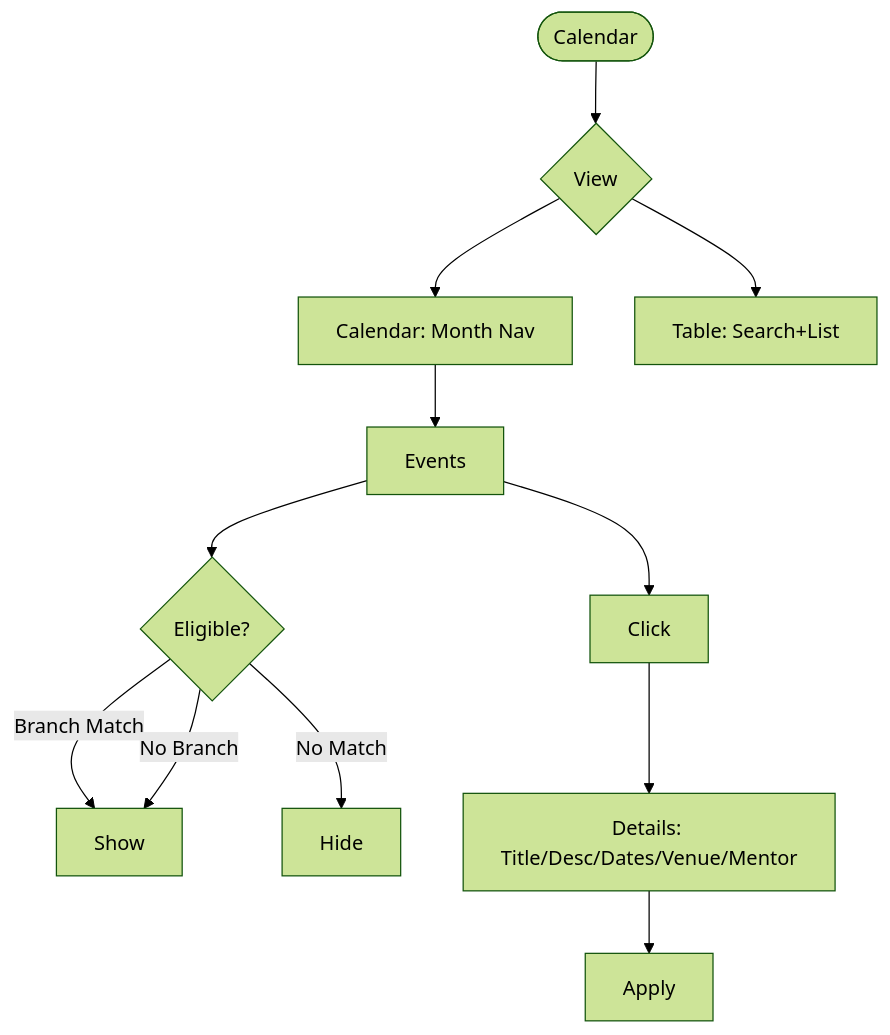
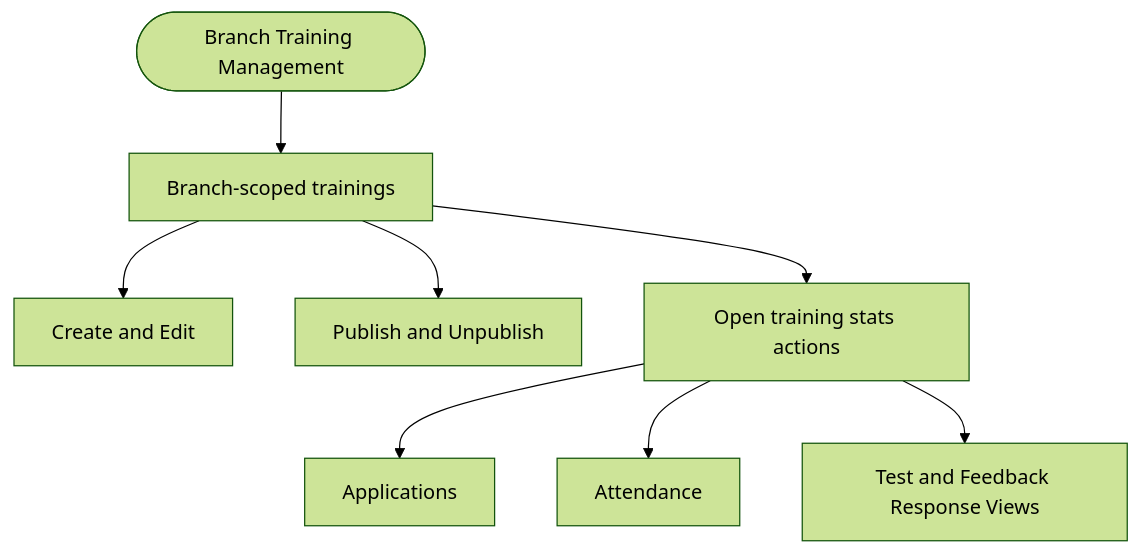
Before and after one commit to gunjangupta-gh/placeintern: diagram 14 of 27 in TRAINING_CALENDAR_FLOW_DIAGRAMS.md, drawn with Mermaid (forest theme). The commit also changed other lines of this file and 1 other file, not shown here.

Commit message:
feat: add timezone handling for attendance date resolution in TrainingAttendanceService

````diff
--- a/TRAINING_CALENDAR_FLOW_DIAGRAMS.md
+++ b/TRAINING_CALENDAR_FLOW_DIAGRAMS.md
@@ -249,10 +215,10 @@
 ```mermaid
 flowchart TD
-    A([Calendar])-->B{View}
-    B-->C[Calendar: Month Nav]-->D[Events]-->E{Eligible?}
-    E-->|Branch Match|F[Show]
-    E-->|No Branch|F
-    E-->|No Match|G[Hide]
-    D-->H[Click]-->I[Details: Title/Desc/Dates/Venue/Mentor]-->J[Apply]
-    B-->K[Table: Search+List]
+    A([Branch Training Management]) --> B[Branch-scoped trainings]
+    B --> C[Create and Edit]
+    B --> D[Publish and Unpublish]
+    B --> E[Open training stats actions]
+    E --> F[Applications]
+    E --> G[Attendance]
+    E --> H[Test and Feedback Response Views]
 ```
````
